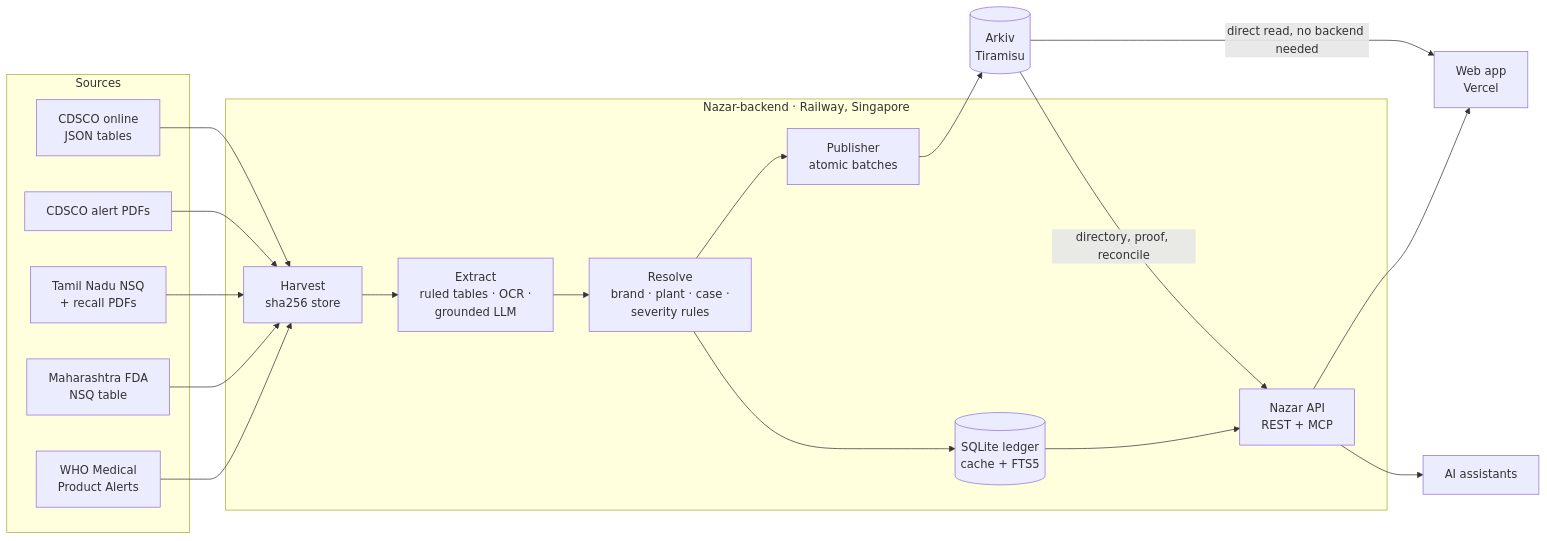
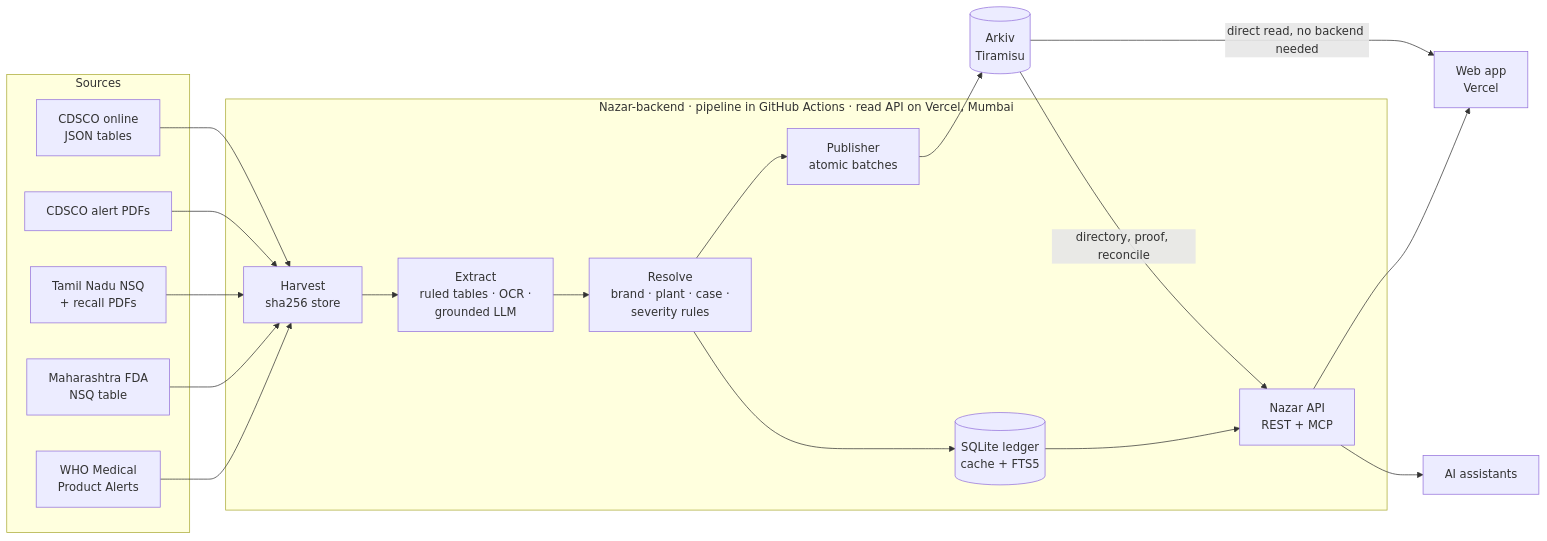
The diagram in docs/architecture.md (pranshurastogi/Nazar), drawn with Mermaid before and after one commit. The commit also changed other lines of this file and 18 other files, not shown here.

First line of the commit message:
Point the web app, docs and MCP links at the Vercel API

````diff
--- a/docs/architecture.md
+++ b/docs/architecture.md
@@ -25,26 +25,26 @@
 ```mermaid
 flowchart LR
   subgraph Sources
     A[CDSCO online<br/>JSON tables]
     B[CDSCO alert PDFs]
     C[Tamil Nadu NSQ<br/>+ recall PDFs]
     D[Maharashtra FDA<br/>NSQ table]
     E[WHO Medical<br/>Product Alerts]
   end
-  subgraph Railway [Nazar-backend · Railway, Singapore]
+  subgraph Backend [Nazar-backend · pipeline in GitHub Actions · read API on Vercel, Mumbai]
     H[Harvest<br/>sha256 store]
     X[Extract<br/>ruled tables · OCR ·<br/>grounded LLM]
     R[Resolve<br/>brand · plant · case ·<br/>severity rules]
     P[Publisher<br/>atomic batches]
     L[(SQLite ledger<br/>cache + FTS5)]
     I[Nazar API<br/>REST + MCP]
   end
   K[(Arkiv<br/>Tiramisu)]
   W[Web app<br/>Vercel]
   G[AI assistants]
   A & B & C & D & E --> H --> X --> R --> P --> K
   R --> L --> I --> W
   I --> G
   K -- "direct read, no backend needed" --> W
   K -- "directory, proof, reconcile" --> I
 ```
````
